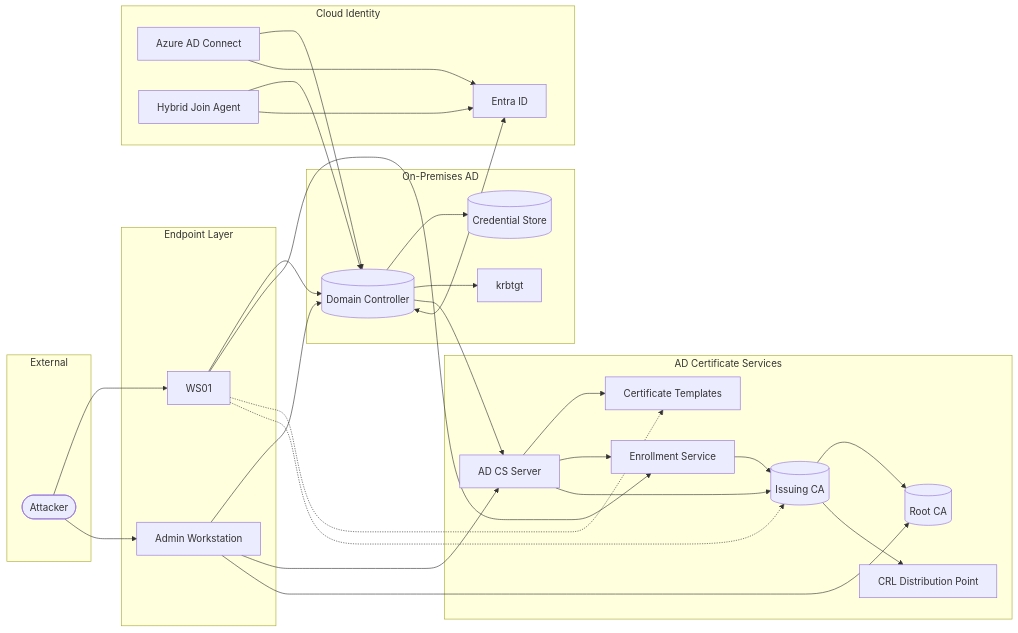
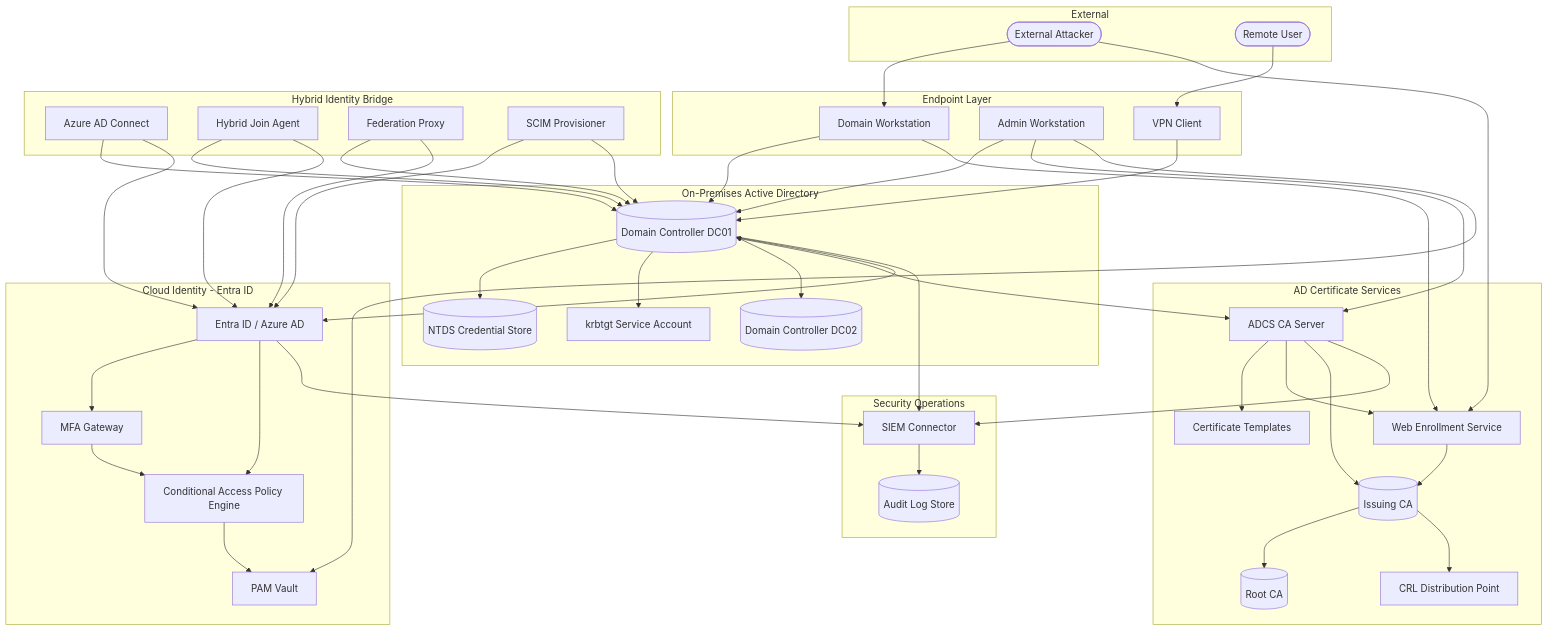
Before and after one commit to BerdTan/threatassessor: the diagram in docs/tmbench/corpus/t3_hybrid_identity.mmd, drawn with Mermaid. The commit also changed 8 other files, not shown here.

```diff
--- a/docs/tmbench/corpus/t3_hybrid_identity.mmd
+++ b/docs/tmbench/corpus/t3_hybrid_identity.mmd
@@ -1,66 +1,90 @@
-flowchart LR
+flowchart TB
 
-subgraph External[External]
-    Attacker([Attacker])
-end
+    subgraph External[External]
+        attacker([External Attacker])
+        remote_user([Remote User])
+    end
 
-subgraph Endpoint_Layer[Endpoint Layer]
-    WS01[WS01]
-    AdminWS[Admin Workstation]
-end
+    subgraph Endpoint_Layer[Endpoint Layer]
+        workstation[Domain Workstation]
+        admin_ws[Admin Workstation]
+        vpn_client[VPN Client]
+    end
 
-subgraph On_Prem_AD[On-Premises AD]
-    DC01[(Domain Controller)]
-    NTDS[(Credential Store)]
-    KRBTGT[krbtgt]
-end
+    subgraph On_Prem_AD[On-Premises Active Directory]
+        dc01[(Domain Controller DC01)]
+        dc02[(Domain Controller DC02)]
+        ntds[(NTDS Credential Store)]
+        krbtgt[krbtgt Service Account]
+    end
 
-subgraph AD_CS[AD Certificate Services]
-    ADCS[AD CS Server]
-    CertTemplate[Certificate Templates]
-    EnrollmentSvc[Enrollment Service]
-    IssuingCA[(Issuing CA)]
-    RootCA[(Root CA)]
-    CRL[CRL Distribution Point]
-end
+    subgraph AD_CS[AD Certificate Services]
+        adcs_server[ADCS CA Server]
+        cert_template[Certificate Templates]
+        enrollment_svc[Web Enrollment Service]
+        issuing_ca[(Issuing CA)]
+        root_ca[(Root CA)]
+        crl_point[CRL Distribution Point]
+    end
 
-subgraph Cloud_Identity[Cloud Identity]
-    EntraID[Entra ID]
-    AADConnect[Azure AD Connect]
-    HybridAgent[Hybrid Join Agent]
-end
+    subgraph Hybrid_Bridge[Hybrid Identity Bridge]
+        aad_connect[Azure AD Connect]
+        hybrid_agent[Hybrid Join Agent]
+        federation_proxy[Federation Proxy]
+        scim_provisioner[SCIM Provisioner]
+    end
 
-%% Initial access
-Attacker --> WS01
-Attacker --> AdminWS
+    subgraph Cloud_Identity[Cloud Identity - Entra ID]
+        entra_id[Entra ID / Azure AD]
+        mfa_gateway[MFA Gateway]
+        conditional_access[Conditional Access Policy Engine]
+        pam_vault[PAM Vault]
+    end
 
-%% Endpoint to domain
-WS01 --> DC01
-WS01 --> EnrollmentSvc
-AdminWS --> DC01
-AdminWS --> ADCS
+    subgraph Security_Ops[Security Operations]
+        siem_connector[SIEM Connector]
+        audit_log[(Audit Log Store)]
+    end
 
-%% Domain controller hub
-DC01 --> NTDS
-DC01 --> KRBTGT
-DC01 --> ADCS
-DC01 <--> EntraID
+    attacker --> workstation
+    attacker --> enrollment_svc
+    remote_user --> vpn_client
+    vpn_client --> dc01
 
-%% AD CS internal structure (ESC attack paths via misconfigured templates)
-ADCS --> CertTemplate
-ADCS --> EnrollmentSvc
-ADCS --> IssuingCA
-IssuingCA --> RootCA
-IssuingCA --> CRL
-EnrollmentSvc --> IssuingCA
+    workstation --> dc01
+    workstation --> enrollment_svc
+    admin_ws --> dc01
+    admin_ws --> adcs_server
+    admin_ws --> pam_vault
 
-%% Hybrid identity sync paths
-AADConnect --> DC01
-AADConnect --> EntraID
-HybridAgent --> DC01
-HybridAgent --> EntraID
+    dc01 --> ntds
+    dc01 --> krbtgt
+    dc01 <--> dc02
+    dc01 --> adcs_server
+    dc01 <--> entra_id
 
-%% Attacker template abuse (ESC1/ESC4/ESC8)
-WS01 -.-> CertTemplate
-WS01 -.-> IssuingCA
-AdminWS --> RootCA
+    adcs_server --> cert_template
+    adcs_server --> enrollment_svc
+    adcs_server --> issuing_ca
+    issuing_ca --> root_ca
+    issuing_ca --> crl_point
+    enrollment_svc --> issuing_ca
+
+    aad_connect --> dc01
+    aad_connect --> entra_id
+    hybrid_agent --> dc01
+    hybrid_agent --> entra_id
+    federation_proxy --> dc01
+    federation_proxy --> entra_id
+    scim_provisioner --> entra_id
+    scim_provisioner --> dc01
+
+    entra_id --> mfa_gateway
+    entra_id --> conditional_access
+    mfa_gateway --> conditional_access
+    conditional_access --> pam_vault
+
+    dc01 --> siem_connector
+    entra_id --> siem_connector
+    adcs_server --> siem_connector
+    siem_connector --> audit_log
```
